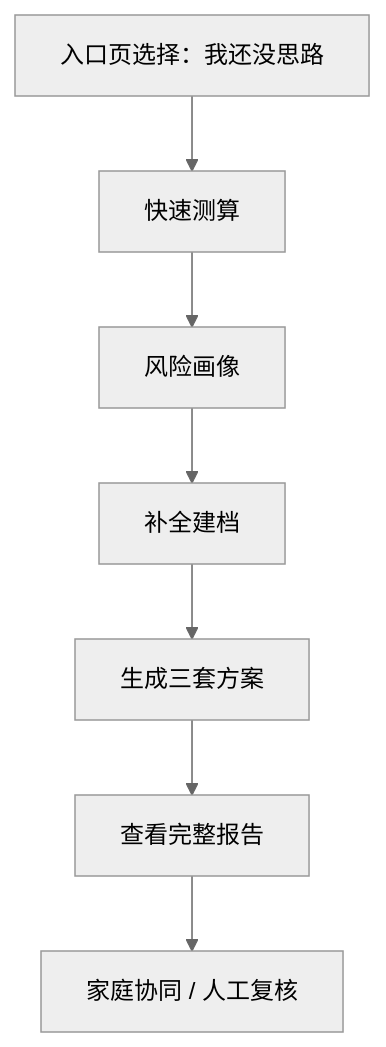
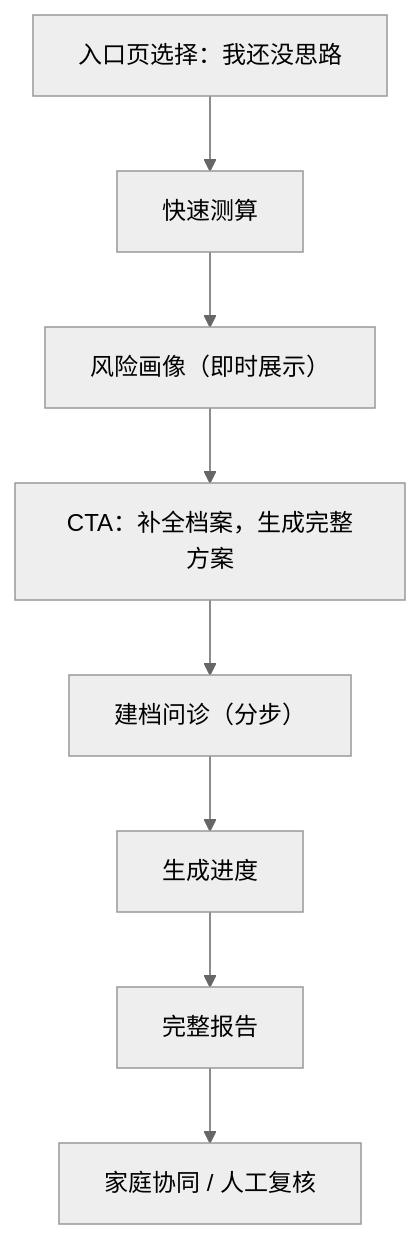
Before and after one commit to debugzhao/jin-guide: the second of 5 diagrams in docs/frontend-prd.md, drawn with Mermaid (neutral theme). The commit also changed other lines of this file and 3 other files, not shown here.

````diff
--- a/docs/frontend-prd.md
+++ b/docs/frontend-prd.md
@@ -113,9 +208,10 @@
 ```mermaid
 flowchart TD
   A["入口页选择：我还没思路"] --> B["快速测算"]
-  B --> C["风险画像"]
-  C --> D["补全建档"]
-  D --> E["生成三套方案"]
-  E --> F["查看完整报告"]
-  F --> G["家庭协同 / 人工复核"]
+  B --> C["风险画像（即时展示）"]
+  C --> D["CTA：补全档案，生成完整方案"]
+  D --> E["建档问诊（分步）"]
+  E --> F["生成进度"]
+  F --> G["完整报告"]
+  G --> H["家庭协同 / 人工复核"]
 ```
````
